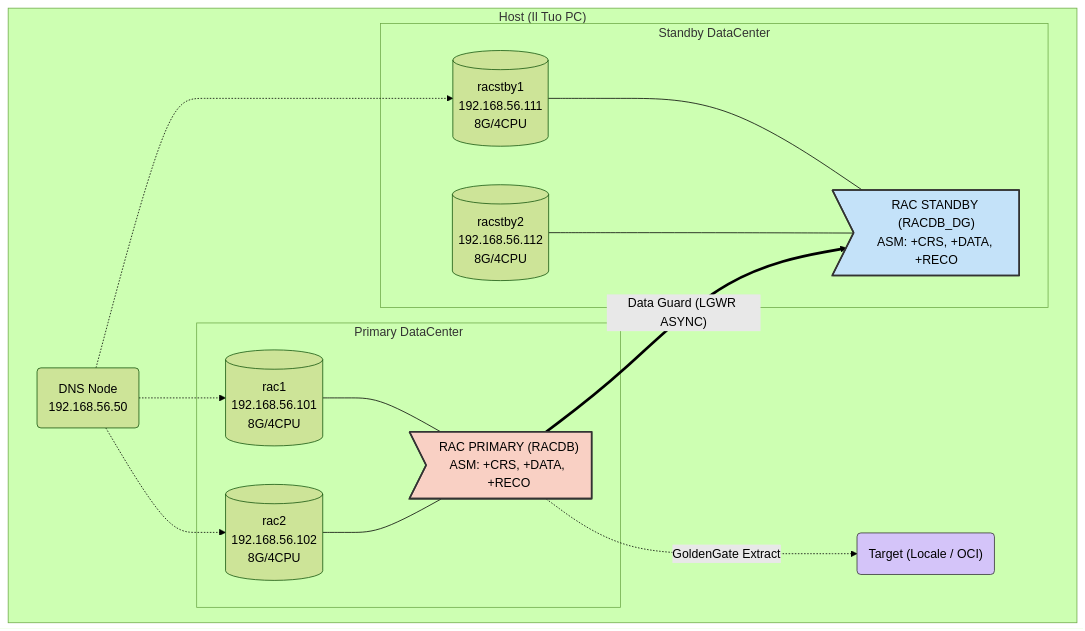
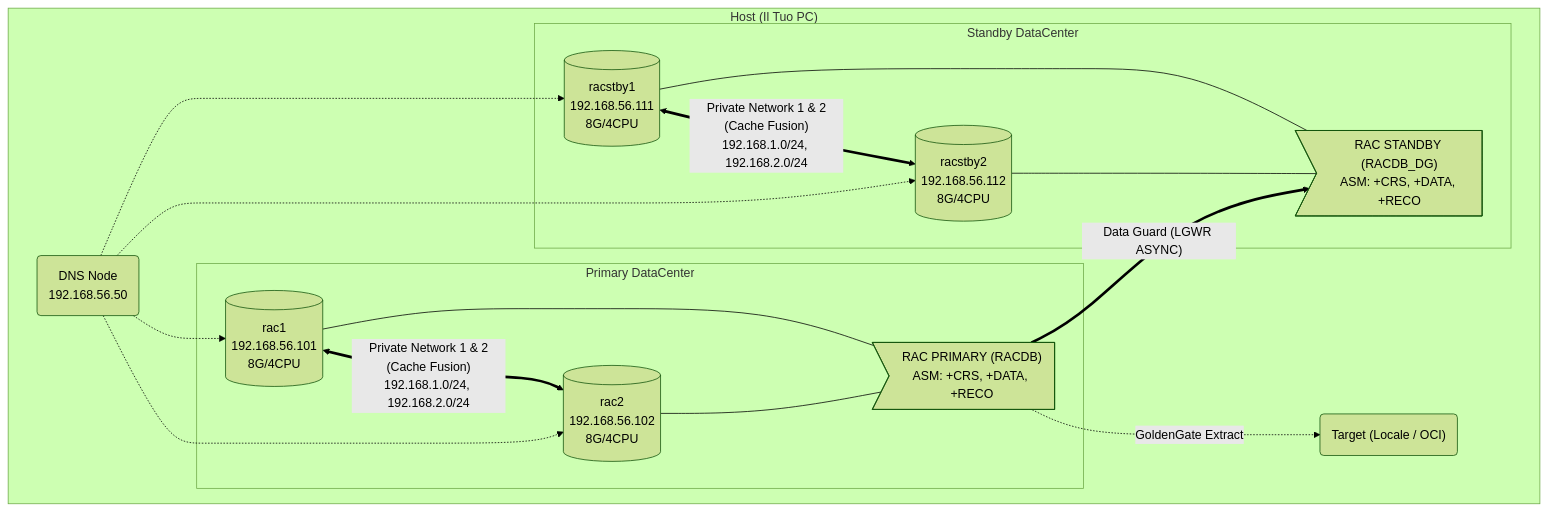
Before and after one commit to Mohamed-DN/dba_oracle_lab: the diagram in README.md, drawn with Mermaid (forest theme).

Commit message:
docs: improve mermaid diagram architecture (remove custom colors constraint, add missing DNS-racstby2 link, and detail Private Networks)

````diff
--- a/README.md
+++ b/README.md
@@ -72,33 +72,35 @@
 ```mermaid
 flowchart TD
     subgraph "Host (Il Tuo PC)"
         dns("DNS Node\n192.168.56.50")
         
         subgraph "Primary DataCenter"
             rac1[("rac1\n192.168.56.101\n8G/4CPU")]
             rac2[("rac2\n192.168.56.102\n8G/4CPU")]
+            
+            rac1 <== "Private Network 1 & 2\n(Cache Fusion)\n192.168.1.0/24, 192.168.2.0/24" ==> rac2
             db1>"RAC PRIMARY (RACDB)\nASM: +CRS, +DATA, +RECO"]
             rac1 --- db1
             rac2 --- db1
         end
         
         subgraph "Standby DataCenter"
             racstby1[("racstby1\n192.168.56.111\n8G/4CPU")]
             racstby2[("racstby2\n192.168.56.112\n8G/4CPU")]
+            
+            racstby1 <== "Private Network 1 & 2\n(Cache Fusion)\n192.168.1.0/24, 192.168.2.0/24" ==> racstby2
             db2>"RAC STANDBY (RACDB_DG)\nASM: +CRS, +DATA, +RECO"]
             racstby1 --- db2
             racstby2 --- db2
         end
         
         dns -.-> rac1
         dns -.-> rac2
         dns -.-> racstby1
+        dns -.-> racstby2
         
         db1 == "Data Guard (LGWR ASYNC)" ==> db2
         db1 -. "GoldenGate Extract" .-> gg("Target (Locale / OCI)")
         
-        style db1 fill:#f9d0c4,stroke:#333,stroke-width:2px
-        style db2 fill:#c4e2f9,stroke:#333,stroke-width:2px
-        style gg fill:#d4c4f9,stroke:#333
     end
 ```
````
